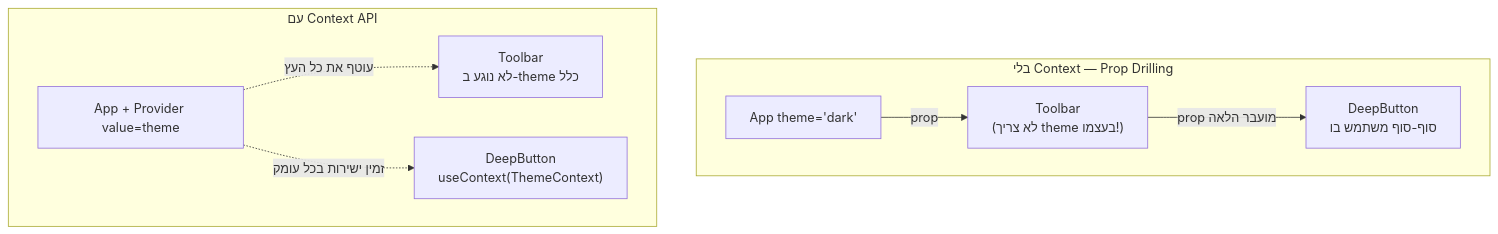
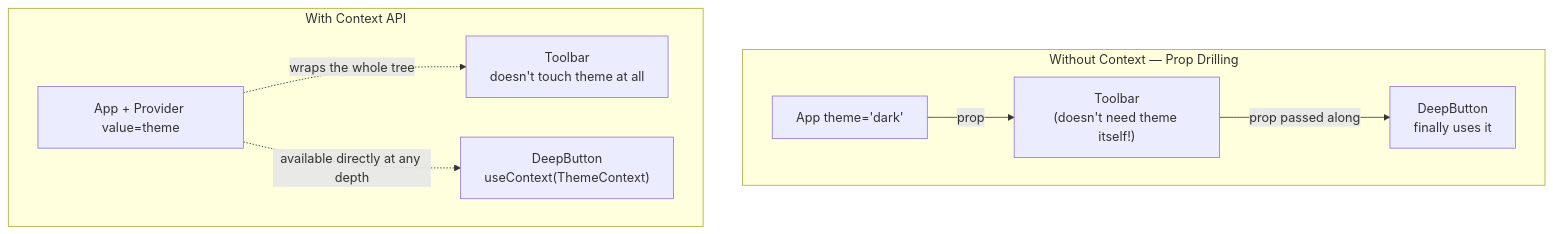
The diagram in content/docs/react/95-react-context-api-content.md (neriyaMalachi/FullStack_kodkode_5), drawn with Mermaid before and after one commit. The commit also changed other lines of this file and 117 other files, not shown here.

````diff
--- a/content/docs/react/95-react-context-api-content.md
+++ b/content/docs/react/95-react-context-api-content.md
@@ -53,11 +53,11 @@
 ```mermaid
 flowchart TD
-    subgraph before["בלי Context — Prop Drilling"]
-        A1["App theme='dark'"] -->|"prop"| B1["Toolbar<br/>(לא צריך theme בעצמו!)"]
-        B1 -->|"prop מועבר הלאה"| C1["DeepButton<br/>סוף-סוף משתמש בו"]
+    subgraph before["Without Context — Prop Drilling"]
+        A1["App theme='dark'"] -->|"prop"| B1["Toolbar<br/>(doesn't need theme itself!)"]
+        B1 -->|"prop passed along"| C1["DeepButton<br/>finally uses it"]
     end
-    subgraph after["עם Context API"]
-        A2["App + Provider value=theme"] -.->|"עוטף את כל העץ"| B2["Toolbar<br/>לא נוגע ב-theme כלל"]
-        A2 -.->|"זמין ישירות בכל עומק"| C2["DeepButton<br/>useContext(ThemeContext)"]
+    subgraph after["With Context API"]
+        A2["App + Provider value=theme"] -.->|"wraps the whole tree"| B2["Toolbar<br/>doesn't touch theme at all"]
+        A2 -.->|"available directly at any depth"| C2["DeepButton<br/>useContext(ThemeContext)"]
     end
 ```
````
